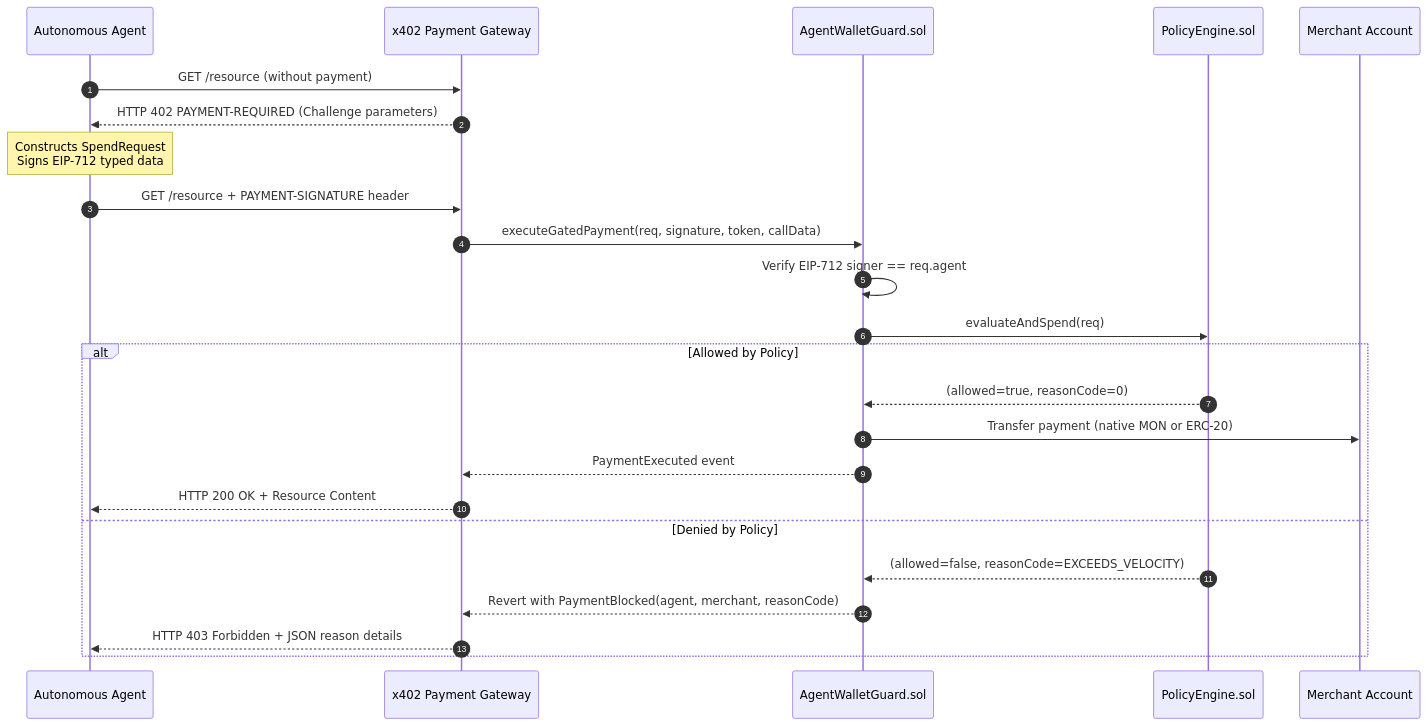
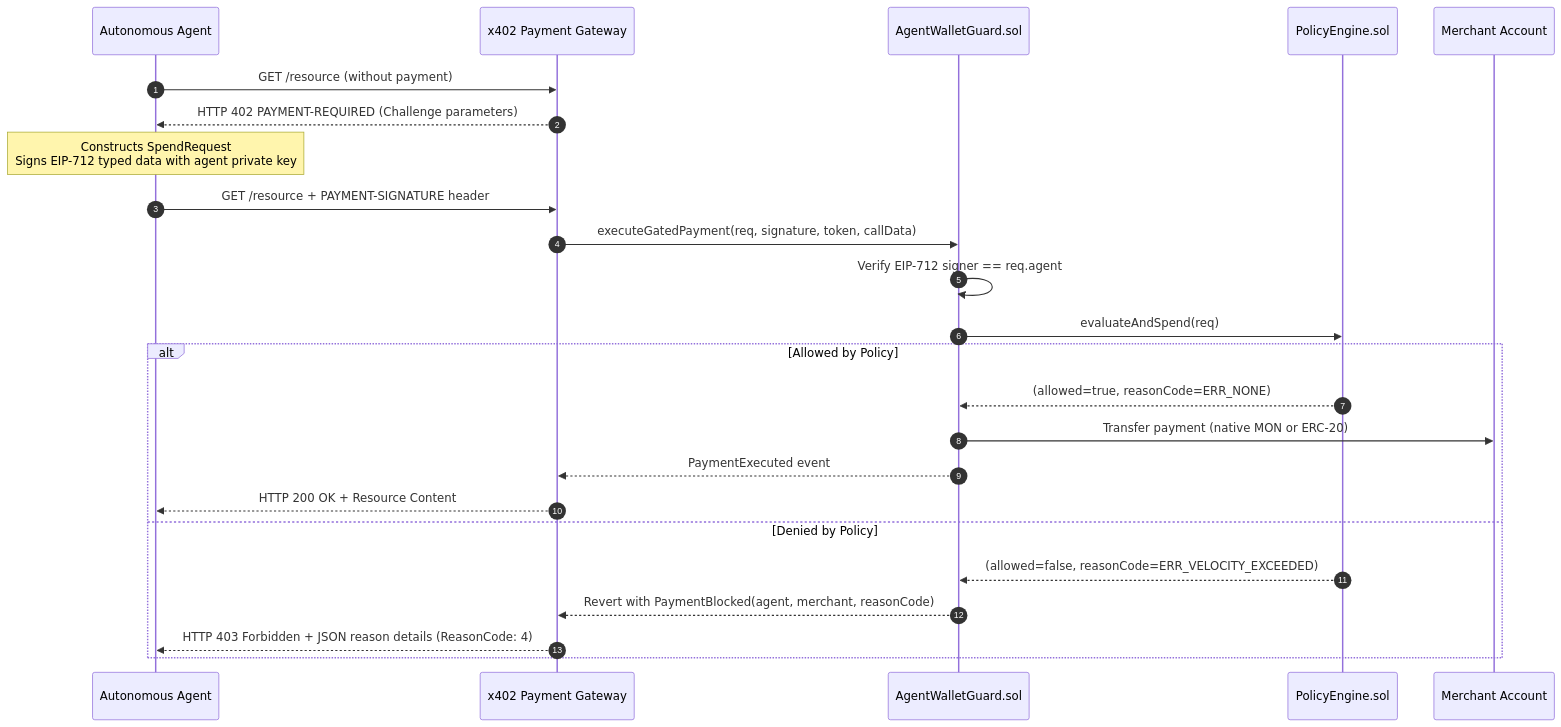
One commit to klyran-labs/metropolis changed the second of 5 diagrams in docs/SYSTEM_FLOWS.md. Above: the diagram before and after it, drawn with Mermaid. The commit also changed other lines of this file and 105 other files, not shown here.

````diff
--- a/docs/SYSTEM_FLOWS.md
+++ b/docs/SYSTEM_FLOWS.md
@@ -27,27 +35,27 @@
 ```mermaid
 sequenceDiagram
     autonumber
     participant Agent as Autonomous Agent
     participant GW as x402 Payment Gateway
     participant Guard as AgentWalletGuard.sol
     participant PE as PolicyEngine.sol
     participant Merchant as Merchant Account
     
     Agent->>GW: GET /resource (without payment)
     GW-->>Agent: HTTP 402 PAYMENT-REQUIRED (Challenge parameters)
-    Note over Agent: Constructs SpendRequest<br/>Signs EIP-712 typed data
+    Note over Agent: Constructs SpendRequest<br/>Signs EIP-712 typed data with agent private key
     Agent->>GW: GET /resource + PAYMENT-SIGNATURE header
     GW->>Guard: executeGatedPayment(req, signature, token, callData)
     Guard->>Guard: Verify EIP-712 signer == req.agent
     Guard->>PE: evaluateAndSpend(req)
     alt Allowed by Policy
-        PE-->>Guard: (allowed=true, reasonCode=0)
+        PE-->>Guard: (allowed=true, reasonCode=ERR_NONE)
         Guard->>Merchant: Transfer payment (native MON or ERC-20)
         Guard-->>GW: PaymentExecuted event
         GW-->>Agent: HTTP 200 OK + Resource Content
     else Denied by Policy
-        PE-->>Guard: (allowed=false, reasonCode=EXCEEDS_VELOCITY)
+        PE-->>Guard: (allowed=false, reasonCode=ERR_VELOCITY_EXCEEDED)
         Guard-->>GW: Revert with PaymentBlocked(agent, merchant, reasonCode)
-        GW-->>Agent: HTTP 403 Forbidden + JSON reason details
+        GW-->>Agent: HTTP 403 Forbidden + JSON reason details (ReasonCode: 4)
     end
 ```
````
